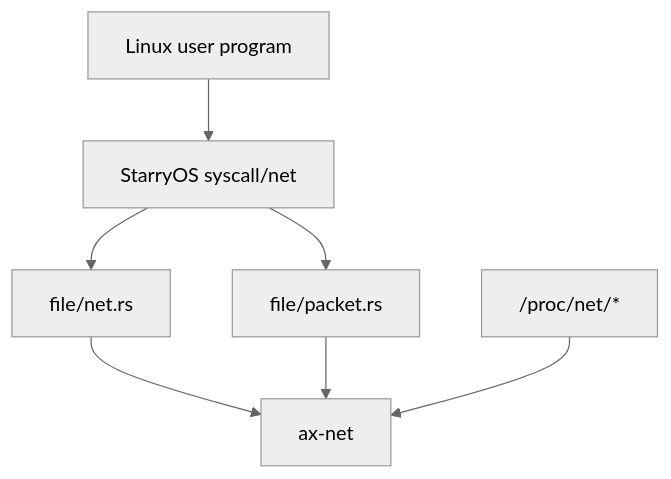
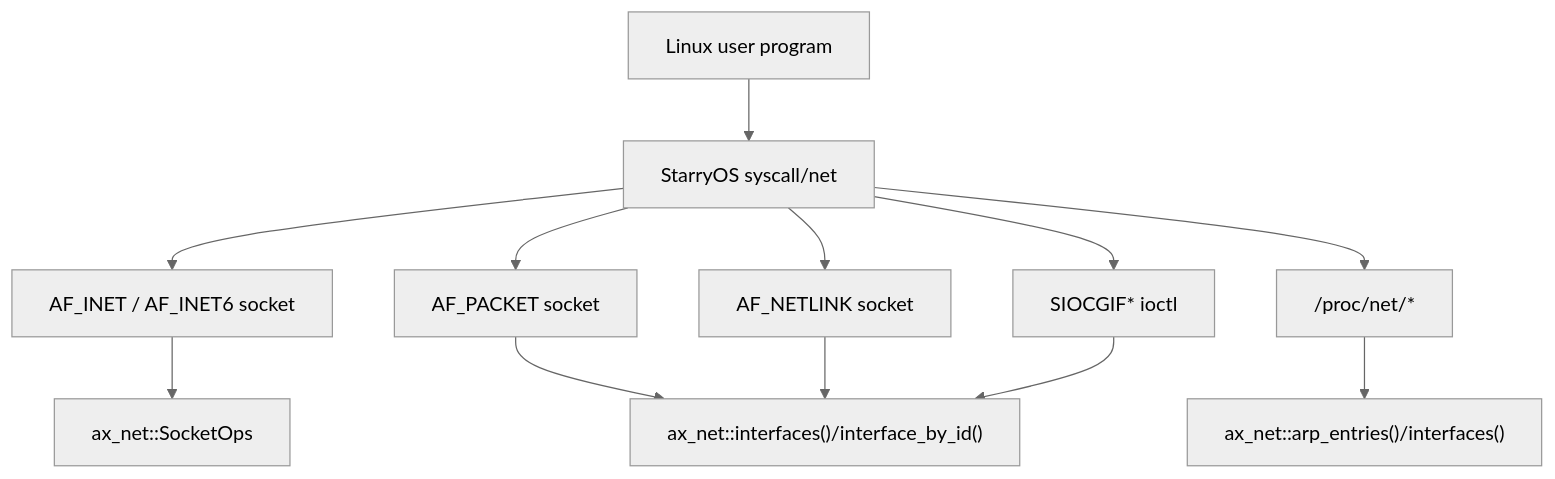
The second of 2 diagrams in docs/docs/architecture/net/integration.md (rcore-os/tgoskits), drawn with Mermaid (neutral theme) before and after one commit. The commit also changed other lines of this file and 8 other files, not shown here.

Commit message:
docs(net): rewrite architecture docs with design boundaries, source mappings, and expanded test matrix

````diff
--- a/docs/docs/architecture/net/integration.md
+++ b/docs/docs/architecture/net/integration.md
@@ -44,16 +171,15 @@
 ```mermaid
 flowchart TB
-    User["Linux user program"]
-    Syscall["StarryOS syscall/net"]
-    FileNet["file/net.rs"]
-    Packet["file/packet.rs"]
-    Proc["/proc/net/*"]
-    AxNet["ax-net"]
+    App["Linux user program"] --> Syscall["StarryOS syscall/net"]
+    Syscall --> Inet["AF_INET / AF_INET6 socket"]
+    Syscall --> Packet["AF_PACKET socket"]
+    Syscall --> Netlink["AF_NETLINK socket"]
+    Syscall --> Ioctl["SIOCGIF* ioctl"]
+    Syscall --> Proc["/proc/net/*"]
 
-    User --> Syscall
-    Syscall --> FileNet
-    Syscall --> Packet
-    FileNet --> AxNet
-    Packet --> AxNet
-    Proc --> AxNet
+    Inet --> AxSocket["ax_net::SocketOps"]
+    Packet --> AxIface["ax_net::interfaces()/interface_by_id()"]
+    Netlink --> AxIface
+    Ioctl --> AxIface
+    Proc --> AxProc["ax_net::arp_entries()/interfaces()"]
 ```
````
